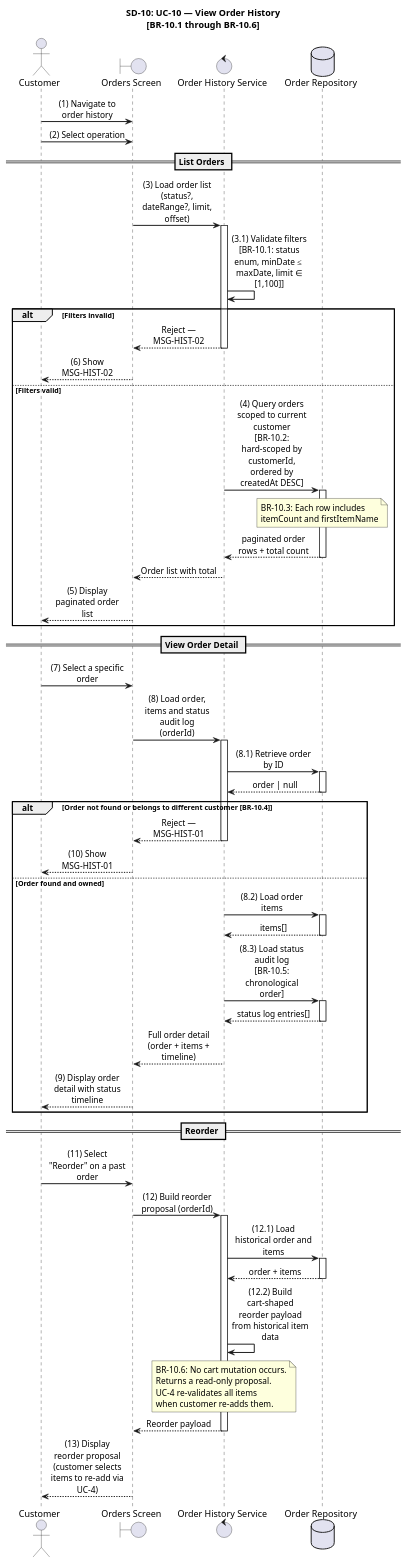
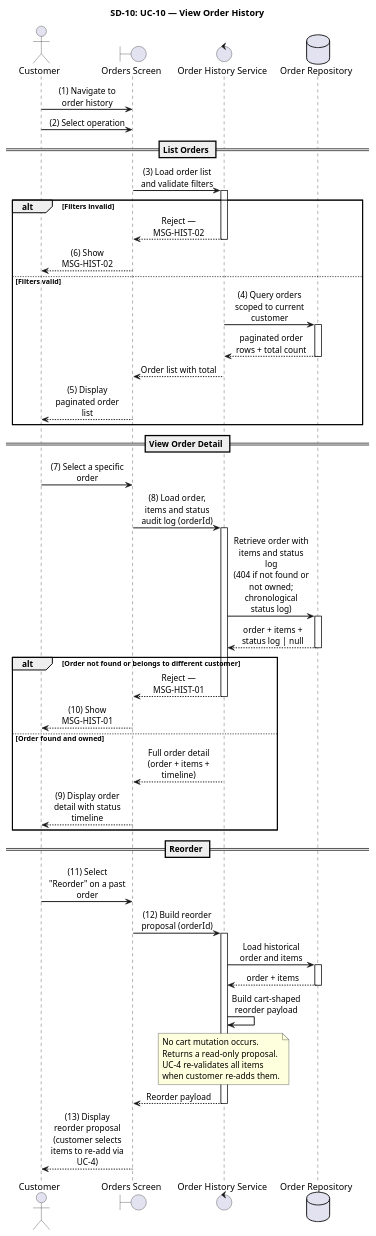
The tenth of 10 diagrams in apps/api/docs/Final_Documents/SRS_SequenceDiagrams.md (luubinhdeptrai/Food_Delivery), drawn with PlantUML before and after one commit. The commit also changed other lines of this file, not shown here.

Commit message:
add 10 sequence from 1-10

```diff
--- a/apps/api/docs/Final_Documents/SRS_SequenceDiagrams.md
+++ b/apps/api/docs/Final_Documents/SRS_SequenceDiagrams.md
@@ -1018,7 +795,7 @@
 skinparam ParticipantPadding 20
 skinparam BoxPadding 10
 
-title SD-10: UC-10 — View Order History\n[BR-10.1 through BR-10.6]
+title SD-10: UC-10 — View Order History
 
 actor "Customer" as Actor
 boundary "Orders Screen" as UI
@@ -1032,19 +809,16 @@
 
 == List Orders ==
 
-UI -> HistSvc : (3) Load order list\n(status?, dateRange?, limit, offset)
+UI -> HistSvc : (3) Load order list and validate filters
 activate HistSvc
-
-HistSvc -> HistSvc : (3.1) Validate filters\n[BR-10.1: status enum, minDate ≤ maxDate, limit ∈ [1,100]]
 
 alt Filters invalid
     HistSvc --> UI : Reject — MSG-HIST-02
     deactivate HistSvc
     UI --> Actor : (6) Show MSG-HIST-02
 else Filters valid
-    HistSvc -> OrderRepo : (4) Query orders scoped to current customer\n[BR-10.2: hard-scoped by customerId, ordered by createdAt DESC]
+    HistSvc -> OrderRepo : (4) Query orders scoped to current customer
     activate OrderRepo
-    note over OrderRepo : BR-10.3: Each row includes\nitemCount and firstItemName
     OrderRepo --> HistSvc : paginated order rows + total count
     deactivate OrderRepo
     HistSvc --> UI : Order list with total
@@ -1055,30 +829,20 @@
 == View Order Detail ==
 
 Actor -> UI : (7) Select a specific order
-UI -> HistSvc : (8) Load order, items and status audit log\n(orderId)
+UI -> HistSvc : (8) Load order, items and status audit log (orderId)
 activate HistSvc
 
-HistSvc -> OrderRepo : (8.1) Retrieve order by ID
+HistSvc -> OrderRepo : Retrieve order with items and status log\n(404 if not found or not owned; chronological status log)
 activate OrderRepo
-OrderRepo --> HistSvc : order | null
+OrderRepo --> HistSvc : order + items + status log | null
 deactivate OrderRepo
 
-alt Order not found or belongs to different customer [BR-10.4]
+alt Order not found or belongs to different customer
     HistSvc --> UI : Reject — MSG-HIST-01
     deactivate HistSvc
     UI --> Actor : (10) Show MSG-HIST-01
 else Order found and owned
-    HistSvc -> OrderRepo : (8.2) Load order items
-    activate OrderRepo
-    OrderRepo --> HistSvc : items[]
-    deactivate OrderRepo
-
-    HistSvc -> OrderRepo : (8.3) Load status audit log\n[BR-10.5: chronological order]
-    activate OrderRepo
-    OrderRepo --> HistSvc : status log entries[]
-    deactivate OrderRepo
-
-    HistSvc --> UI : Full order detail\n(order + items + timeline)
+    HistSvc --> UI : Full order detail (order + items + timeline)
     deactivate HistSvc
     UI --> Actor : (9) Display order detail with status timeline
 end
@@ -1089,14 +853,14 @@
 UI -> HistSvc : (12) Build reorder proposal (orderId)
 activate HistSvc
 
-HistSvc -> OrderRepo : (12.1) Load historical order and items
+HistSvc -> OrderRepo : Load historical order and items
 activate OrderRepo
 OrderRepo --> HistSvc : order + items
 deactivate OrderRepo
 
-HistSvc -> HistSvc : (12.2) Build cart-shaped reorder payload\nfrom historical item data
+HistSvc -> HistSvc : Build cart-shaped reorder payload
 
-note over HistSvc : BR-10.6: No cart mutation occurs.\nReturns a read-only proposal.\nUC-4 re-validates all items\nwhen customer re-adds them.
+note over HistSvc : No cart mutation occurs.\nReturns a read-only proposal.\nUC-4 re-validates all items\nwhen customer re-adds them.
 
 HistSvc --> UI : Reorder payload
 deactivate HistSvc
```
